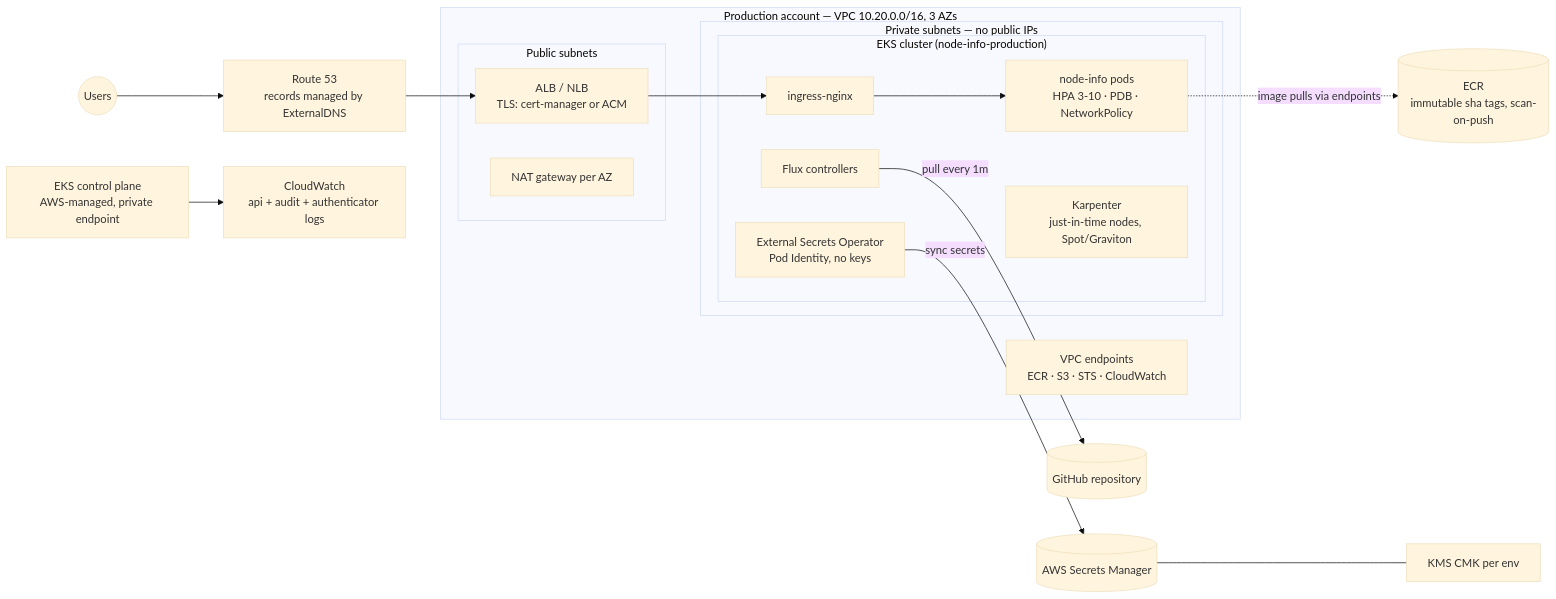
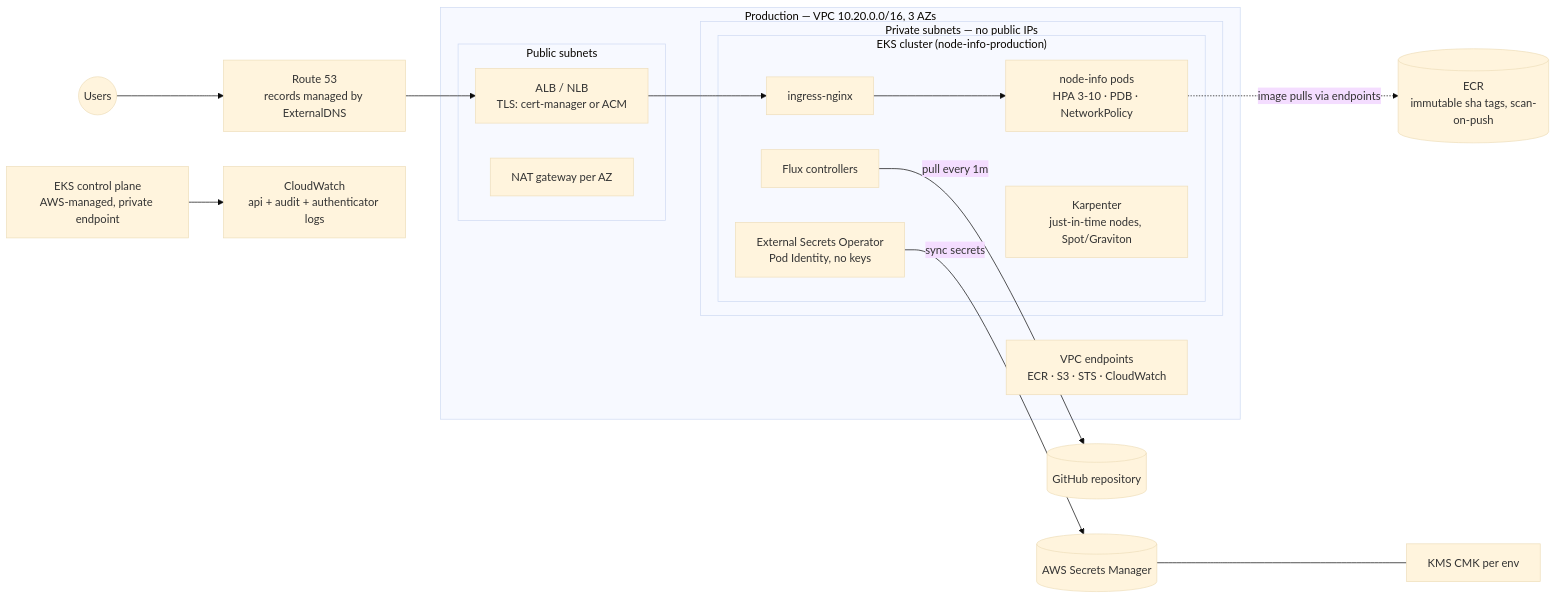
The third of 4 diagrams in README.md (cloudor-devops/Vadim-Home-TeraSky), drawn with Mermaid (base theme) before and after one commit. The commit also changed other lines of this file and 2 other files, not shown here.

Commit message:
Docs: environment separation via cluster/VPC/keys, drop account-per-env model

````diff
--- a/README.md
+++ b/README.md
@@ -344,27 +344,27 @@
 ```mermaid
 flowchart LR
-    subgraph vpc["Production account — VPC 10.20.0.0/16, 3 AZs"]
+    subgraph vpc["Production — VPC 10.20.0.0/16, 3 AZs"]
         subgraph pub["Public subnets"]
             alb[ALB / NLB<br/>TLS: cert-manager or ACM]
             nat[NAT gateway per AZ]
         end
         subgraph priv["Private subnets — no public IPs"]
             subgraph eks["EKS cluster (node-info-production)"]
                 nginx[ingress-nginx] --> pods[node-info pods<br/>HPA 3-10 · PDB · NetworkPolicy]
                 fluxc[Flux controllers]
                 esoc[External Secrets Operator<br/>Pod Identity, no keys]
                 karp[Karpenter<br/>just-in-time nodes, Spot/Graviton]
             end
         end
         vpce[VPC endpoints<br/>ECR · S3 · STS · CloudWatch]
     end
 
     users((Users)) --> r53[Route 53<br/>records managed by ExternalDNS]
     r53 --> alb
     alb --> nginx
     fluxc -->|pull every 1m| repo[(GitHub repository)]
     pods -.->|image pulls via endpoints| ecr[(ECR<br/>immutable sha tags, scan-on-push)]
     esoc -->|sync secrets| sm[(AWS Secrets Manager)]
     sm --- kms[KMS CMK per env]
     cp[EKS control plane<br/>AWS-managed, private endpoint] --> cw[CloudWatch<br/>api + audit + authenticator logs]
 ```
````
